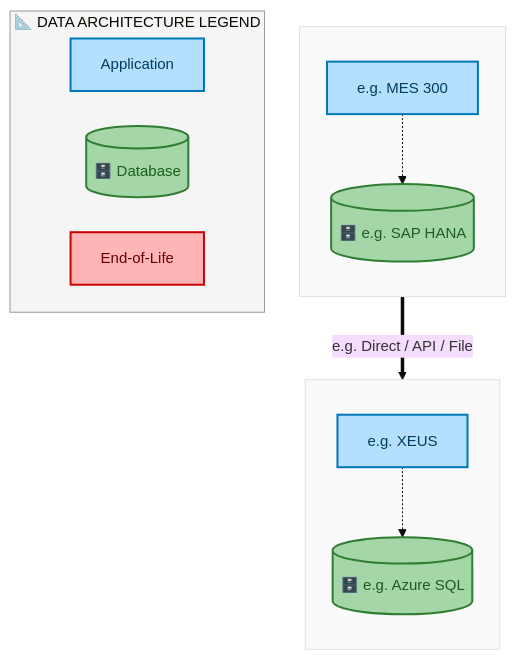
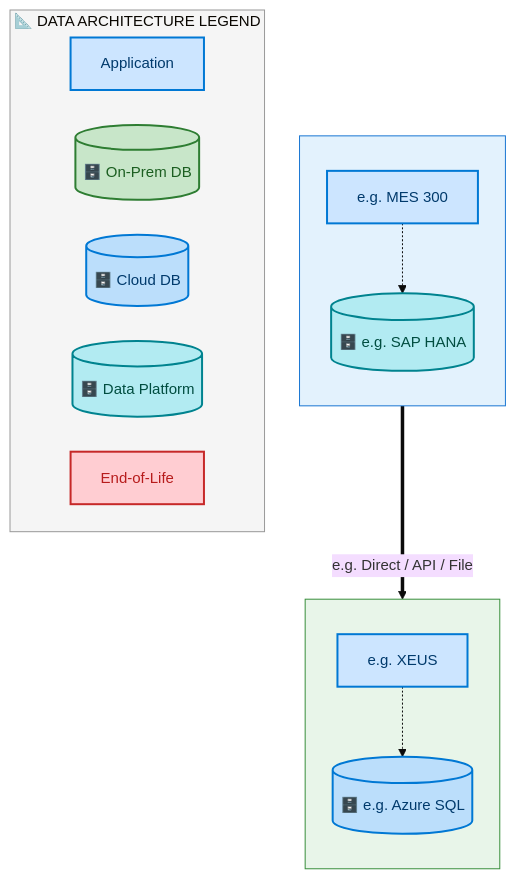
One commit to sajivfrancis777/IAO-Architecture changed the fourth of 8 diagrams in towers/E2E/Procure to Pay/E2E-119/output/docs/systems-architecture/E2E-119-Architecture.md. Above: the diagram before and after it, drawn with Mermaid. The commit also changed other lines of this file and 394 other files, not shown here.

First line of the commit message:
feat: structured layer ordering for Mermaid architecture diagrams

````diff
--- a/towers/E2E/Procure to Pay/E2E-119/output/docs/systems-architecture/E2E-119-Architecture.md
+++ b/towers/E2E/Procure to Pay/E2E-119/output/docs/systems-architecture/E2E-119-Architecture.md
@@ -435,33 +436,37 @@
 ```mermaid
 %%{init: {"theme": "base", "securityLevel": "loose", "themeVariables": {"fontSize": "15px", "fontFamily": "Segoe UI, Arial"}, "flowchart": {"useMaxWidth": false, "htmlLabels": true, "nodeSpacing": 35, "rankSpacing": 45}} }%%
 flowchart TB
-    classDef appBox fill:#B5DFFF,stroke:#0077B6,stroke-width:2px,color:#003D5B
-    classDef dbCyl fill:#A5D6A7,stroke:#2E7D32,stroke-width:2px,color:#1B5E20
-    classDef eolBox fill:#FFB5B5,stroke:#CC0000,stroke-width:2px,color:#660000
+    classDef appBox fill:#CCE5FF,stroke:#0078D4,stroke-width:2px,color:#003A6C
+    classDef dbCyl fill:#C8E6C9,stroke:#2E7D32,stroke-width:2px,color:#1B5E20
+    classDef dbCloud fill:#BBDEFB,stroke:#0078D4,stroke-width:2px,color:#003A6C
+    classDef dbData fill:#B2EBF2,stroke:#00838F,stroke-width:2px,color:#004D40
+    classDef eolBox fill:#FFCDD2,stroke:#C62828,stroke-width:2px,color:#B71C1C
 
     subgraph E2E119FDACL_e_g_Azure_SQL[" "]
         direction TB
         E2E119FDAA_e_g_XEUS["e.g. XEUS"]:::appBox
-        E2E119FDAD_e_g_Azure_SQL[("🗄️ e.g. Azure SQL")]:::dbCyl
+        E2E119FDAD_e_g_Azure_SQL[("🗄️ e.g. Azure SQL")]:::dbCloud
         E2E119FDAA_e_g_XEUS -.-> E2E119FDAD_e_g_Azure_SQL
     end
-    style E2E119FDACL_e_g_Azure_SQL fill:#FAFAFA,stroke:#E0E0E0,stroke-width:1px
+    style E2E119FDACL_e_g_Azure_SQL fill:#E8F5E9,stroke:#388E3C,stroke-width:1px
 
     subgraph E2E119FDACL_e_g_SAP_HANA[" "]
         direction TB
         E2E119FDAA_e_g_MES_300["e.g. MES 300"]:::appBox
-        E2E119FDAD_e_g_SAP_HANA[("🗄️ e.g. SAP HANA")]:::dbCyl
+        E2E119FDAD_e_g_SAP_HANA[("🗄️ e.g. SAP HANA")]:::dbData
         E2E119FDAA_e_g_MES_300 -.-> E2E119FDAD_e_g_SAP_HANA
     end
-    style E2E119FDACL_e_g_SAP_HANA fill:#FAFAFA,stroke:#E0E0E0,stroke-width:1px
+    style E2E119FDACL_e_g_SAP_HANA fill:#E3F2FD,stroke:#1976D2,stroke-width:1px
 
     E2E119FDAD_e_g_SAP_HANA ==>|"e.g. Direct / API / File"| E2E119FDAD_e_g_Azure_SQL
 
     subgraph Legend["📐 DATA ARCHITECTURE LEGEND"]
         direction LR
         L_A["Application"]:::appBox
-        L_D[("🗄️ Database")]:::dbCyl
+        L_D[("🗄️ On-Prem DB")]:::dbCyl
+        L_DC[("🗄️ Cloud DB")]:::dbCloud
+        L_DD[("🗄️ Data Platform")]:::dbData
         L_E["End-of-Life"]:::eolBox
     end
     style Legend fill:#F5F5F5,stroke:#999,stroke-width:1px
 ```
````
